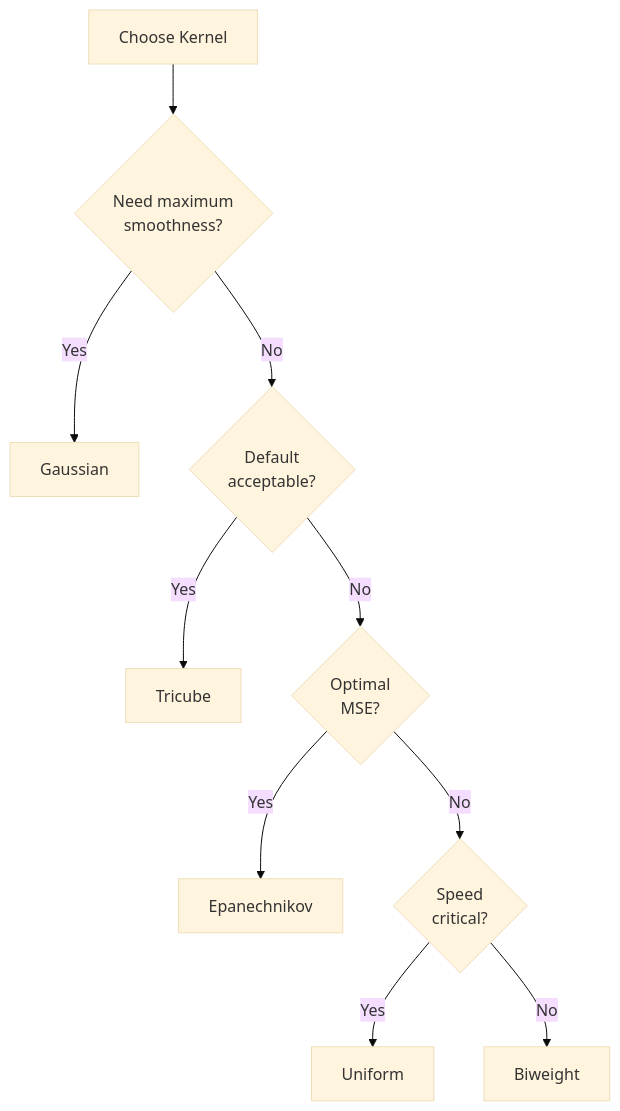
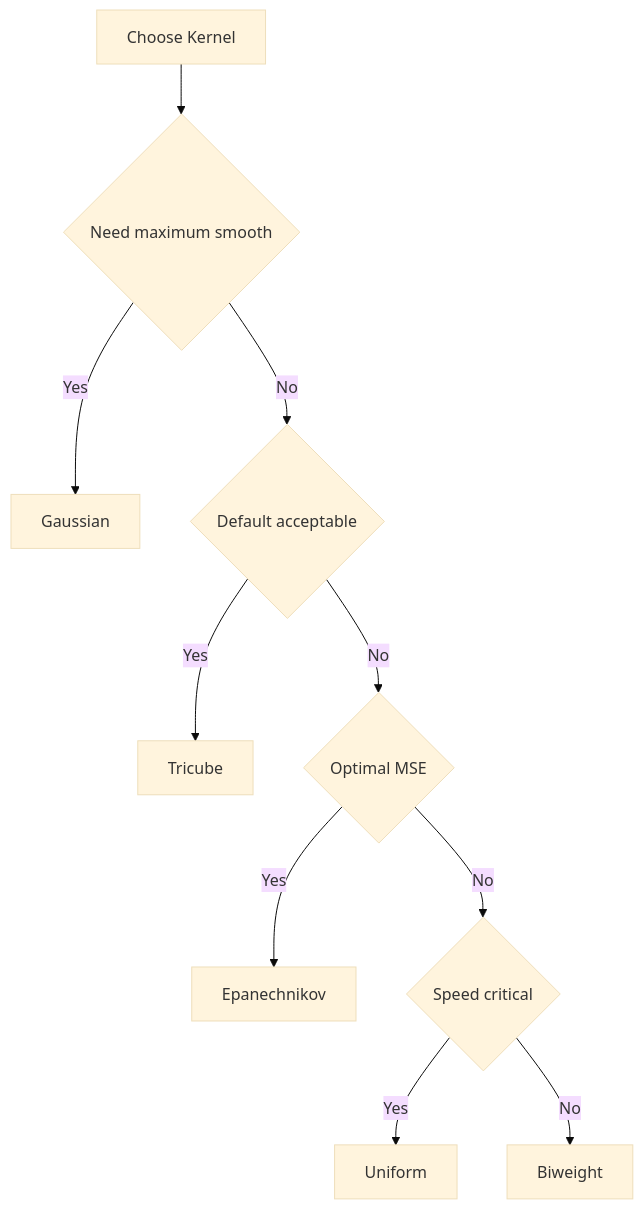
Before and after one commit to thisisamirv/lowess-project: the diagram in docs/user-guide/kernels.md, drawn with Mermaid (base theme). The commit also changed 9 other files, not shown here.

Commit message:
feat: add latex and mermaid support to docs, improve docs

````diff
--- a/docs/user-guide/kernels.md
+++ b/docs/user-guide/kernels.md
@@ -227,12 +227,12 @@
 ```mermaid
-graph TD
-    A[Choose Kernel] --> B{Need maximum<br/>smoothness?}
-    B -->|Yes| C[Gaussian]
-    B -->|No| D{Default<br/>acceptable?}
-    D -->|Yes| E[Tricube]
-    D -->|No| F{Optimal<br/>MSE?}
-    F -->|Yes| G[Epanechnikov]
-    F -->|No| H{Speed<br/>critical?}
-    H -->|Yes| I[Uniform]
-    H -->|No| J[Biweight]
+flowchart TD
+    A[Choose Kernel] --> B{Need maximum smooth}
+    B -- Yes --> C[Gaussian]
+    B -- No --> D{Default acceptable}
+    D -- Yes --> E[Tricube]
+    D -- No --> F{Optimal MSE}
+    F -- Yes --> G[Epanechnikov]
+    F -- No --> H{Speed critical}
+    H -- Yes --> I[Uniform]
+    H -- No --> J[Biweight]
 ```
````
